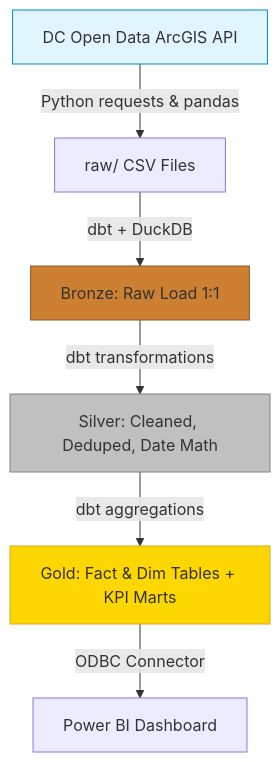
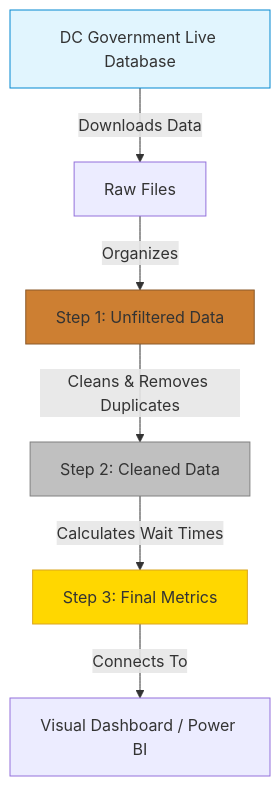
One commit to Areena2908/DistrictPulse changed the diagram in README.md. Above: the diagram before and after it, drawn with Mermaid. The commit also changed other lines of this file, not shown here.

````diff
--- a/README.md
+++ b/README.md
@@ -37,18 +37,18 @@
 ```mermaid
 graph TD;
-    API[DC Open Data ArcGIS API] -->|Python requests & pandas| RAW[raw/ CSV Files];
-    RAW -->|dbt + DuckDB| BRONZE[Bronze: Raw Load 1:1];
-    BRONZE -->|dbt transformations| SILVER[Silver: Cleaned, Deduped, Date Math];
-    SILVER -->|dbt aggregations| GOLD[Gold: Fact & Dim Tables + KPI Marts];
-    GOLD -->|ODBC Connector| PBI[Power BI Dashboard];
+    API[DC Government Live Database] -->|Downloads Data| RAW[Raw Files];
+    RAW -->|Organizes| BRONZE[Step 1: Unfiltered Data];
+    BRONZE -->|Cleans & Removes Duplicates| SILVER[Step 2: Cleaned Data];
+    SILVER -->|Calculates Wait Times| GOLD[Step 3: Final Metrics];
+    GOLD -->|Connects To| PBI[Visual Dashboard / Power BI];
     
     classDef api fill:#e1f5fe,stroke:#0288d1;
     classDef bronze fill:#cd7f32,stroke:#8b5a2b;
     classDef silver fill:#c0c0c0,stroke:#808080;
     classDef gold fill:#ffd700,stroke:#daa520;
     
     class API api;
     class BRONZE bronze;
     class SILVER silver;
     class GOLD gold;
 ```
````
